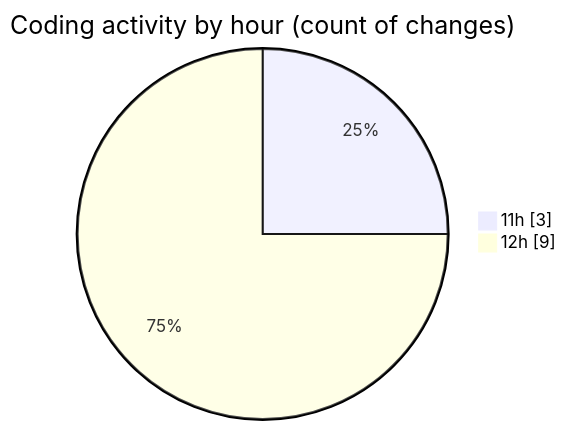
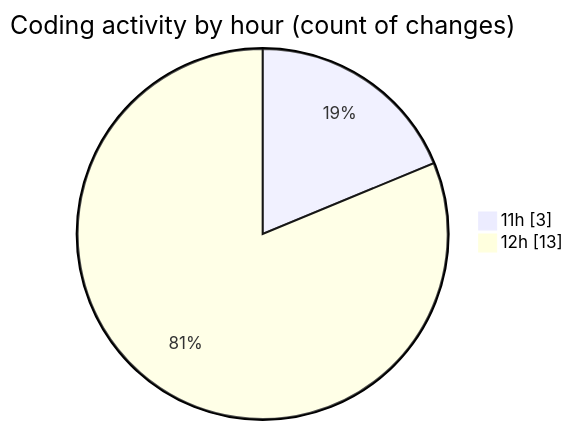
One commit to idhammustaqopulfikri/code-tracking changed the second of 2 diagrams in 2025-06-07/studio-backend/README.md. Above: the diagram before and after it, drawn with Mermaid. The commit also changed other lines of this file and 1 other file, not shown here.

````diff
--- a/2025-06-07/studio-backend/README.md
+++ b/2025-06-07/studio-backend/README.md
@@ -36,6 +38,6 @@
 ```mermaid
 pie showData
 title Coding activity by hour (count of changes)
 "11h" : 3
-"12h" : 9
+"12h" : 13
 ```
````
